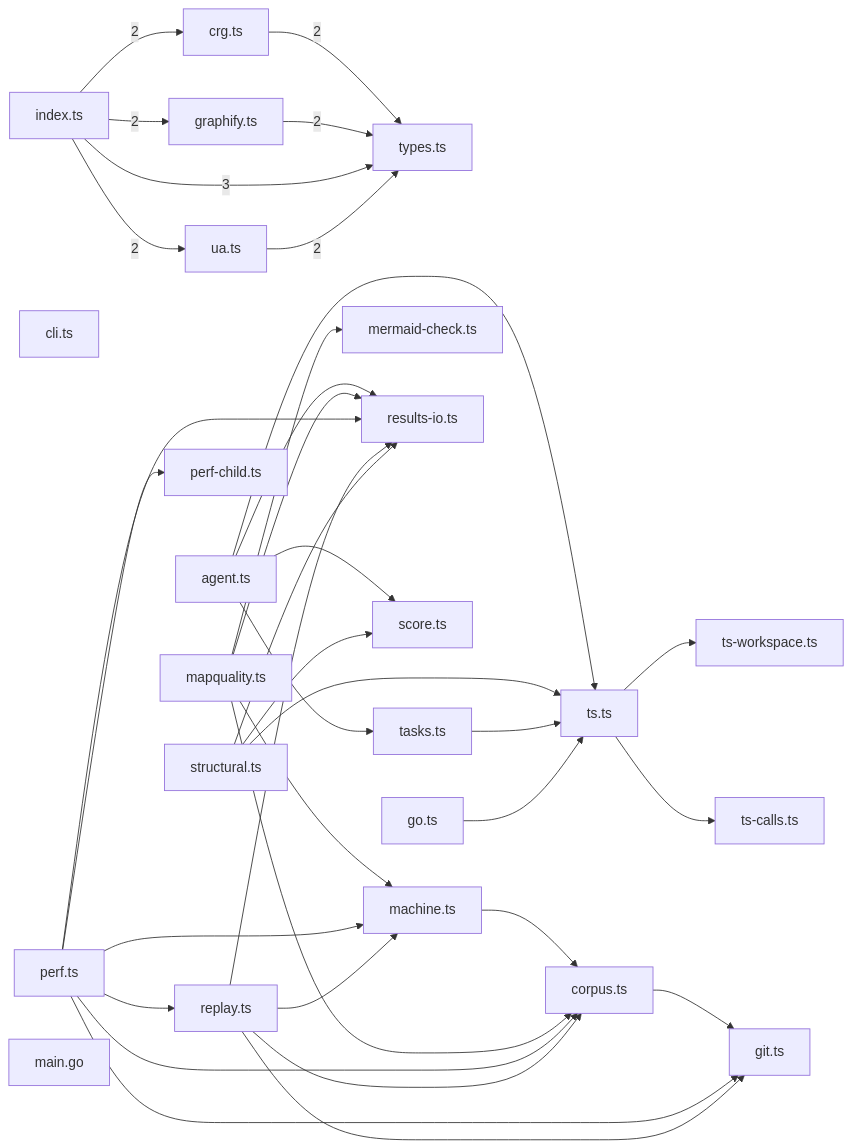
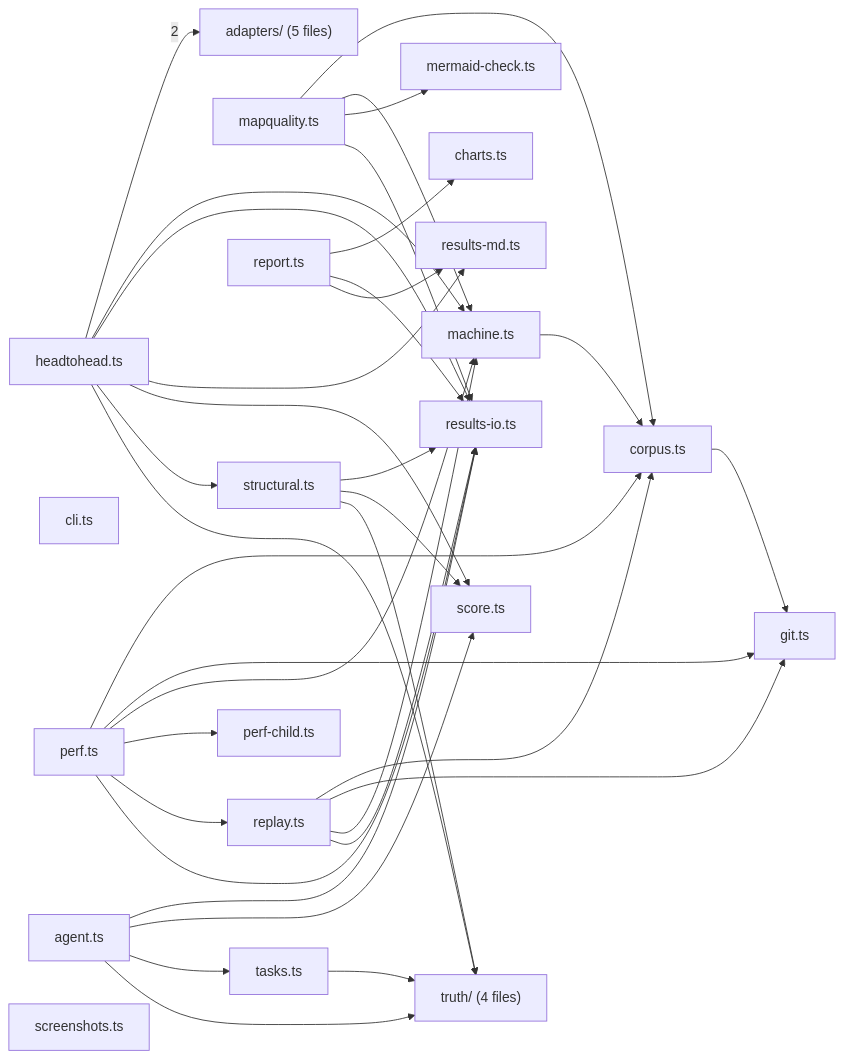
Before and after one commit to sns45/greplost: the second of 5 diagrams in .greplost/packages/greplost__bench/MAP.md, drawn with Mermaid. The commit also changed other lines of this file and 29 other files, not shown here.

````diff
--- a/.greplost/packages/greplost__bench/MAP.md
+++ b/.greplost/packages/greplost__bench/MAP.md
@@ -72,61 +92,58 @@
 ```mermaid
 graph LR
-  bench_src_adapters_crg_ts["crg.ts"]
-  bench_src_adapters_graphify_ts["graphify.ts"]
-  bench_src_adapters_index_ts["index.ts"]
-  bench_src_adapters_types_ts["types.ts"]
-  bench_src_adapters_ua_ts["ua.ts"]
+  bench_src_adapters["adapters/ #40;5 files#41;"]
   bench_src_agent_ts["agent.ts"]
+  bench_src_charts_ts["charts.ts"]
   bench_src_cli_ts["cli.ts"]
   bench_src_corpus_ts["corpus.ts"]
   bench_src_git_ts["git.ts"]
+  bench_src_headtohead_ts["headtohead.ts"]
   bench_src_machine_ts["machine.ts"]
   bench_src_mapquality_ts["mapquality.ts"]
   bench_src_mermaid_check_ts["mermaid-check.ts"]
   bench_src_perf_child_ts["perf-child.ts"]
   bench_src_perf_ts["perf.ts"]
   bench_src_replay_ts["replay.ts"]
+  bench_src_report_ts["report.ts"]
   bench_src_results_io_ts["results-io.ts"]
+  bench_src_results_md_ts["results-md.ts"]
   bench_src_score_ts["score.ts"]
+  bench_src_screenshots_ts["screenshots.ts"]
   bench_src_structural_ts["structural.ts"]
   bench_src_tasks_ts["tasks.ts"]
-  bench_src_truth_go_ts["go.ts"]
-  bench_src_truth_ts_calls_ts["ts-calls.ts"]
-  bench_src_truth_ts_ts["ts.ts"]
-  bench_src_truth_ts_workspace_ts["ts-workspace.ts"]
-  bench_truth_gocallgraph_main_go["main.go"]
-  bench_src_adapters_crg_ts -->|2| bench_src_adapters_types_ts
-  bench_src_adapters_graphify_ts -->|2| bench_src_adapters_types_ts
-  bench_src_adapters_index_ts -->|2| bench_src_adapters_crg_ts
-  bench_src_adapters_index_ts -->|2| bench_src_adapters_graphify_ts
-  bench_src_adapters_index_ts -->|3| bench_src_adapters_types_ts
-  bench_src_adapters_index_ts -->|2| bench_src_adapters_ua_ts
-  bench_src_adapters_ua_ts -->|2| bench_src_adapters_types_ts
+  bench_src_truth["truth/ #40;4 files#41;"]
   bench_src_agent_ts --> bench_src_results_io_ts
   bench_src_agent_ts --> bench_src_score_ts
   bench_src_agent_ts --> bench_src_tasks_ts
-  bench_src_agent_ts --> bench_src_truth_ts_ts
+  bench_src_agent_ts --> bench_src_truth
   bench_src_corpus_ts --> bench_src_git_ts
+  bench_src_headtohead_ts -->|2| bench_src_adapters
+  bench_src_headtohead_ts --> bench_src_machine_ts
+  bench_src_headtohead_ts --> bench_src_results_io_ts
+  bench_src_headtohead_ts --> bench_src_results_md_ts
+  bench_src_headtohead_ts --> bench_src_score_ts
+  bench_src_headtohead_ts --> bench_src_structural_ts
+  bench_src_headtohead_ts --> bench_src_truth
   bench_src_machine_ts --> bench_src_corpus_ts
   bench_src_mapquality_ts --> bench_src_corpus_ts
   bench_src_mapquality_ts --> bench_src_machine_ts
   bench_src_mapquality_ts --> bench_src_mermaid_check_ts
   bench_src_mapquality_ts --> bench_src_results_io_ts
   bench_src_perf_ts --> bench_src_corpus_ts
   bench_src_perf_ts --> bench_src_git_ts
   bench_src_perf_ts --> bench_src_machine_ts
   bench_src_perf_ts --> bench_src_perf_child_ts
   bench_src_perf_ts --> bench_src_replay_ts
   bench_src_perf_ts --> bench_src_results_io_ts
   bench_src_replay_ts --> bench_src_corpus_ts
   bench_src_replay_ts --> bench_src_git_ts
   bench_src_replay_ts --> bench_src_machine_ts
   bench_src_replay_ts --> bench_src_results_io_ts
+  bench_src_report_ts --> bench_src_charts_ts
+  bench_src_report_ts --> bench_src_results_io_ts
+  bench_src_report_ts --> bench_src_results_md_ts
   bench_src_structural_ts --> bench_src_results_io_ts
   bench_src_structural_ts --> bench_src_score_ts
-  bench_src_structural_ts --> bench_src_truth_ts_ts
-  bench_src_tasks_ts --> bench_src_truth_ts_ts
-  bench_src_truth_go_ts --> bench_src_truth_ts_ts
-  bench_src_truth_ts_ts --> bench_src_truth_ts_calls_ts
-  bench_src_truth_ts_ts --> bench_src_truth_ts_workspace_ts
+  bench_src_structural_ts --> bench_src_truth
+  bench_src_tasks_ts --> bench_src_truth
 ```
````
